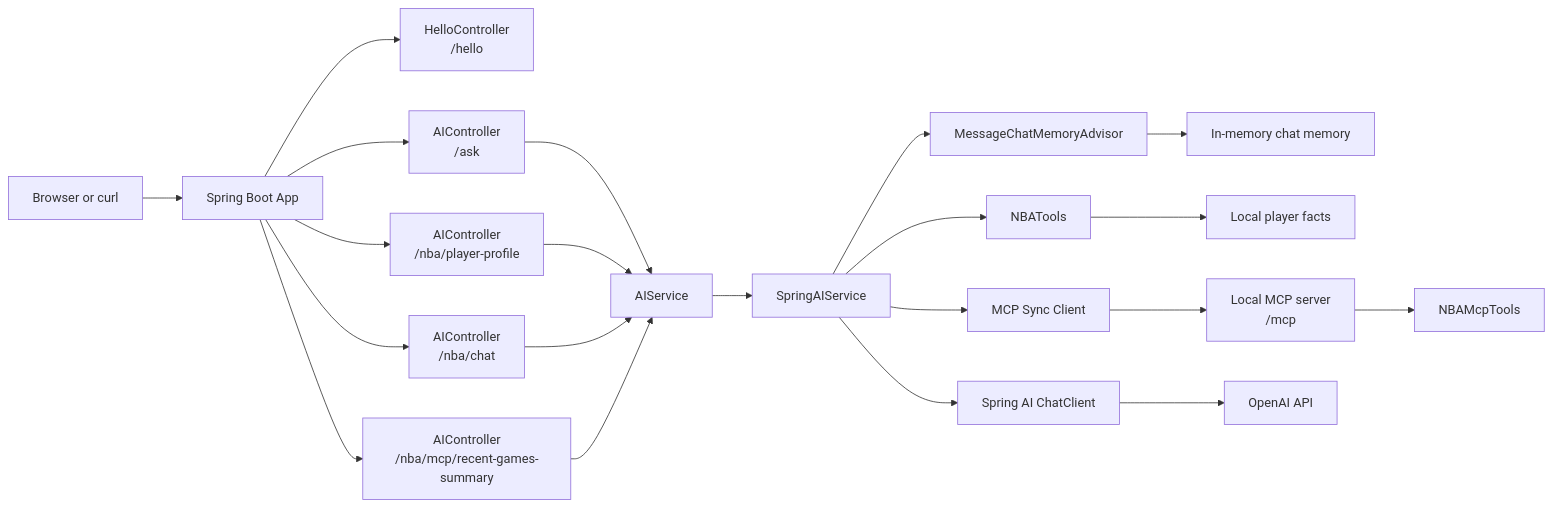
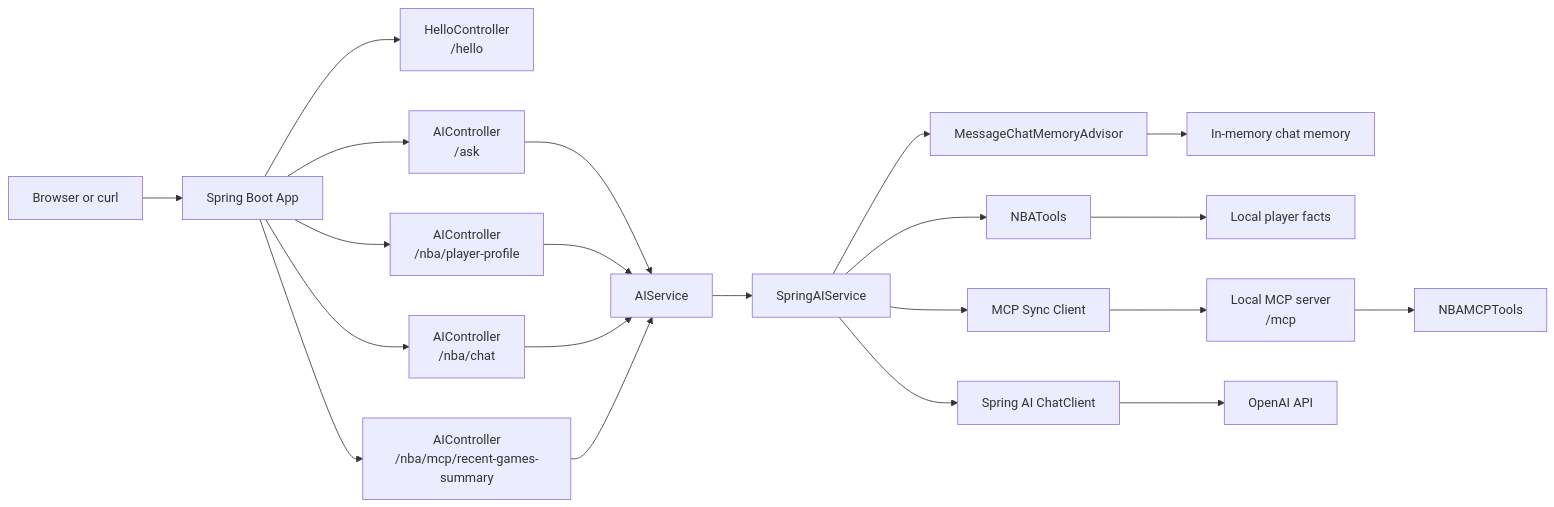
Before and after one commit to venkykumar/springai-starter: the diagram in README.md, drawn with Mermaid. The commit also changed other lines of this file, not shown here.

````diff
--- a/README.md
+++ b/README.md
@@ -275,23 +275,23 @@
 ```mermaid
 flowchart LR
     A[Browser or curl] --> B[Spring Boot App]
     B --> C[HelloController<br>/hello]
     B --> D[AIController<br>/ask]
     B --> I[AIController<br>/nba/player-profile]
     B --> J[AIController<br>/nba/chat]
     B --> O[AIController<br>/nba/mcp/recent-games-summary]
     D --> E[AIService]
     I --> E
     J --> E
     O --> E
     E --> F[SpringAIService]
     F --> K[MessageChatMemoryAdvisor]
     K --> L[In-memory chat memory]
     F --> M[NBATools]
     M --> N[Local player facts]
     F --> P[MCP Sync Client]
     P --> Q[Local MCP server<br>/mcp]
-    Q --> R[NBAMcpTools]
+    Q --> R[NBAMCPTools]
     F --> G[Spring AI ChatClient]
     G --> H[OpenAI API]
 ```
````
